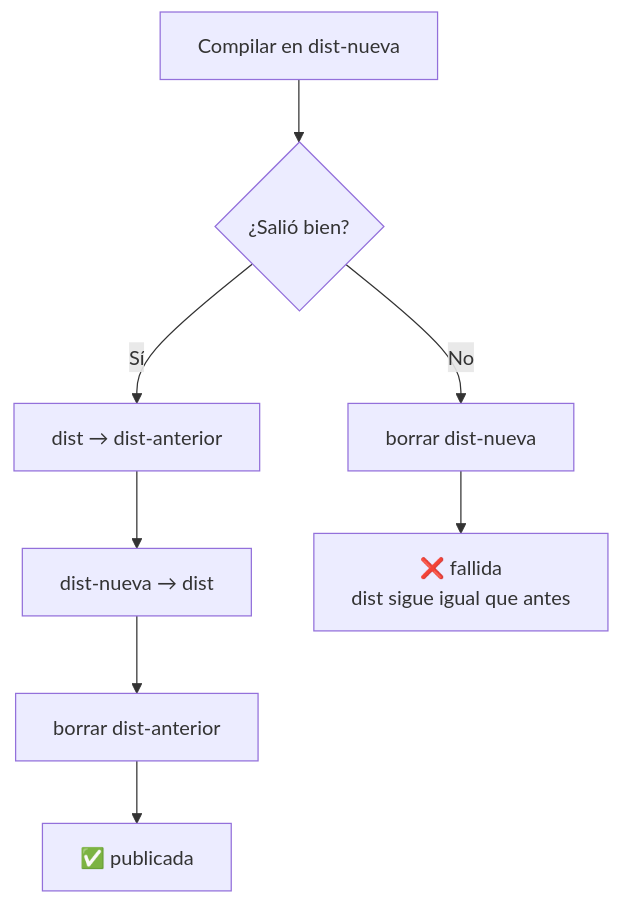
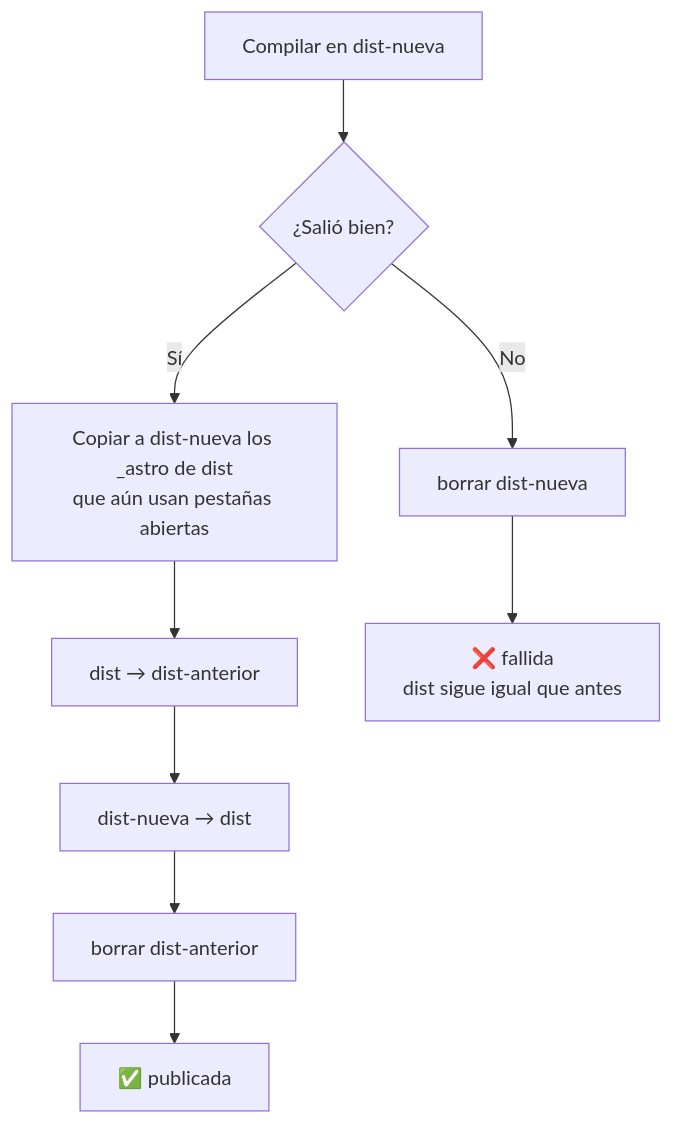
One commit to exinoss/web-astudillo changed the fourth of 8 diagrams in docs/como-funciona-la-publicacion.md. Above: the diagram before and after it, drawn with Mermaid. The commit also changed other lines of this file and 70 other files, not shown here.

````diff
--- a/docs/como-funciona-la-publicacion.md
+++ b/docs/como-funciona-la-publicacion.md
@@ -278,10 +278,11 @@
 ```mermaid
 flowchart TD
     A[Compilar en dist-nueva] --> B{¿Salió bien?}
-    B -- Sí --> C[dist → dist-anterior]
+    B -- Sí --> R[Copiar a dist-nueva los _astro de dist<br/>que aún usan pestañas abiertas]
+    R --> C[dist → dist-anterior]
     C --> D[dist-nueva → dist]
     D --> E[borrar dist-anterior]
     E --> F[✅ publicada]
     B -- No --> G[borrar dist-nueva]
     G --> H[❌ fallida<br/>dist sigue igual que antes]
 ```
````
